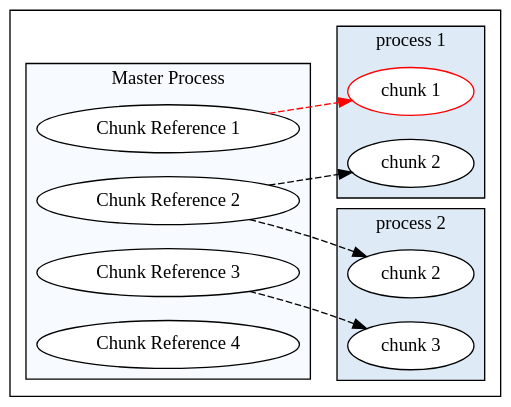
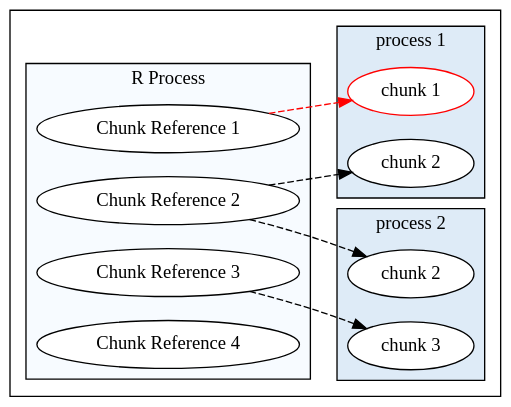
The diagram in graphs/chunk-movement/distobjref3.gv (jcai849/sdss), drawn with Graphviz before and after one commit. The commit also changed 29 other files, not shown here.

```diff
--- a/graphs/chunk-movement/distobjref3.gv
+++ b/graphs/chunk-movement/distobjref3.gv
@@ -1,36 +1,36 @@
 digraph distobjref {
 	colorscheme="Blues9"
 	rankdir="LR";
 	node [style="filled", fillcolor=white];
 	style="filled";
 
 	subgraph cluster_distobjref {
-		label="Master Process";
+		label="R Process";
 		fillcolor=1;
 		cr1[label="Chunk Reference 1"];
 		cr2[label="Chunk Reference 2"];
 		cr3[label="Chunk Reference 3"];
 		cr4[label="Chunk Reference 4"];
 	}
 
 	subgraph cluster_process1 {
 		label="process 1";
 		fillcolor=2;
 		c1[label="chunk 1",color="red"];
 		c21[label="chunk 2"];
 
 	}
 	subgraph cluster_process2 {
 		label="process 2";
 		fillcolor=2;
 		c22[label="chunk 2"];
 		c3[label="chunk 3"]
 	}
 	
 
 	edge [style="dashed"]
 	cr1 -> c1[color="red"];
 	cr2 -> {c21 c22};
 	cr3 -> c3;
 
 }
```
